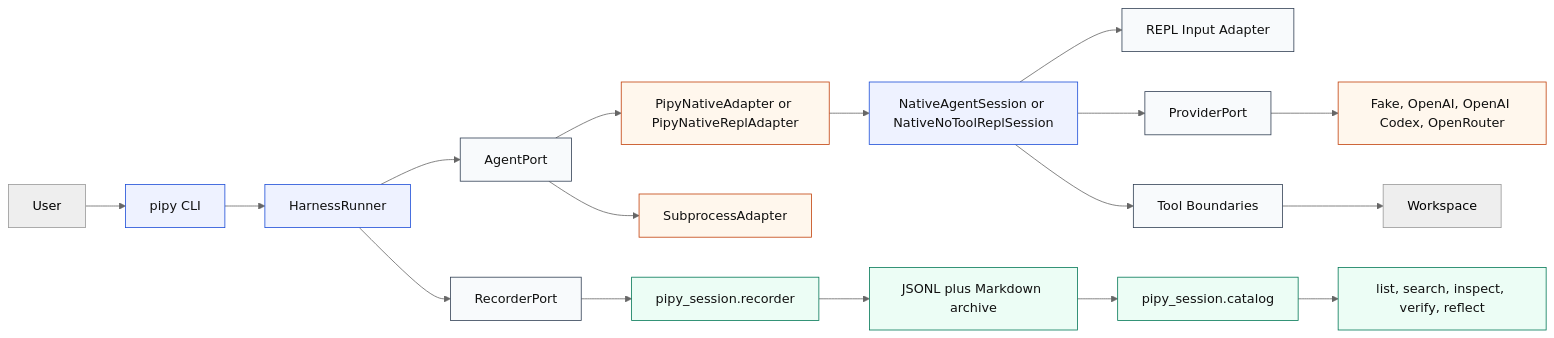
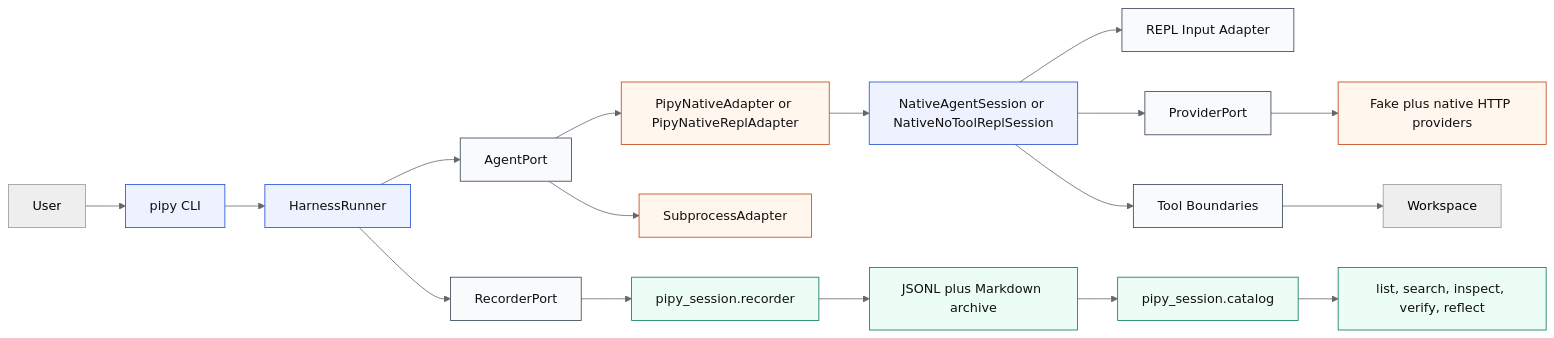
The first of 3 diagrams in docs/architecture.md (ephes/pipy), drawn with Mermaid (neutral theme) before and after one commit. The commit also changed other lines of this file and 4 other files, not shown here.

````diff
--- a/docs/architecture.md
+++ b/docs/architecture.md
@@ -19,28 +19,28 @@
 ```mermaid
 flowchart LR
   User[User] --> CLI[pipy CLI]
   CLI --> Runner[HarnessRunner]
   Runner --> AgentPort[AgentPort]
   AgentPort --> NativeAdapter[PipyNativeAdapter or PipyNativeReplAdapter]
   AgentPort --> SubprocessAdapter[SubprocessAdapter]
   NativeAdapter --> NativeSession[NativeAgentSession or NativeNoToolReplSession]
   NativeSession --> InputAdapter[REPL Input Adapter]
   NativeSession --> ProviderPort[ProviderPort]
   NativeSession --> ToolBoundaries[Tool Boundaries]
-  ProviderPort --> Providers[Fake, OpenAI, OpenAI Codex, OpenRouter]
+  ProviderPort --> Providers[Fake plus native HTTP providers]
   ToolBoundaries --> Workspace[Workspace]
   Runner --> RecorderPort[RecorderPort]
   RecorderPort --> SessionRecorder[pipy_session.recorder]
   SessionRecorder --> Archive[JSONL plus Markdown archive]
   Archive --> Catalog[pipy_session.catalog]
   Catalog --> ReaderCommands[list, search, inspect, verify, reflect]
 
   classDef core fill:#eef2ff,stroke:#1d4ed8,color:#111111;
   classDef adapter fill:#fff7ed,stroke:#c2410c,color:#111111;
   classDef store fill:#ecfdf5,stroke:#047857,color:#111111;
   classDef boundary fill:#f8fafc,stroke:#334155,color:#111111;
   class CLI,Runner,NativeSession core;
   class AgentPort,InputAdapter,ProviderPort,RecorderPort,ToolBoundaries boundary;
   class NativeAdapter,SubprocessAdapter,Providers adapter;
   class SessionRecorder,Archive,Catalog,ReaderCommands store;
 ```
````
